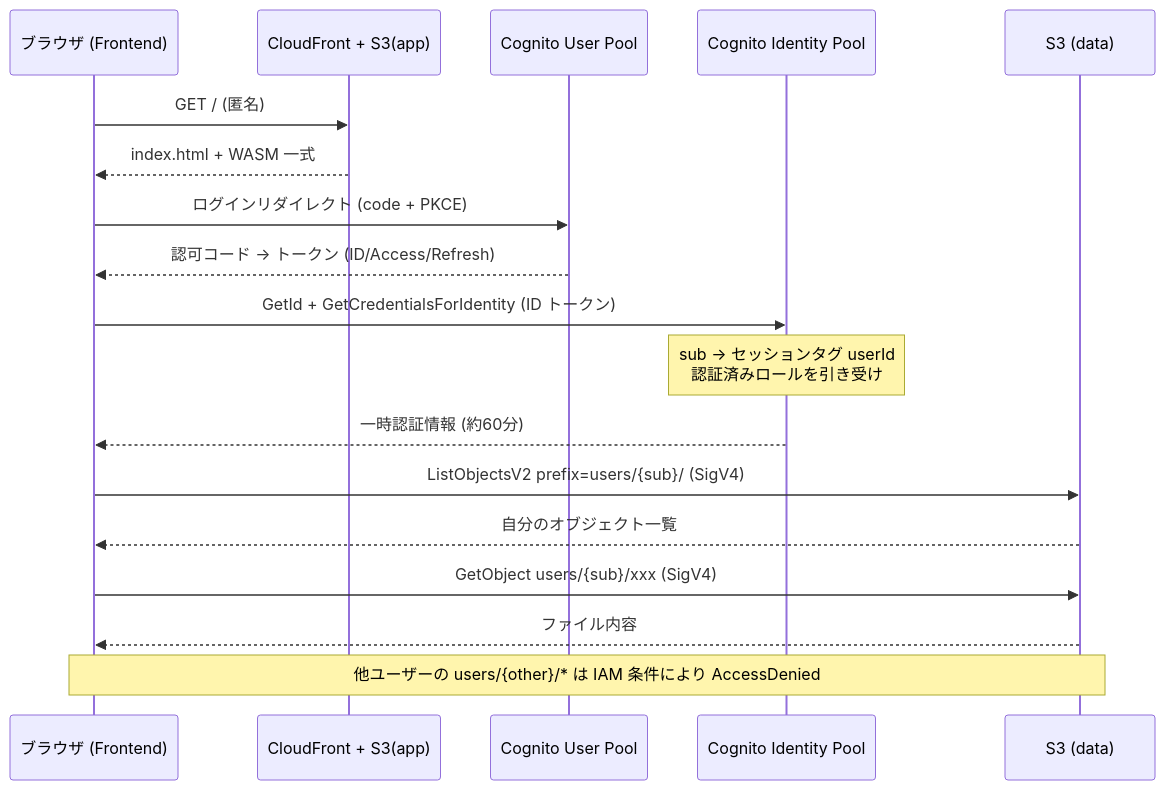
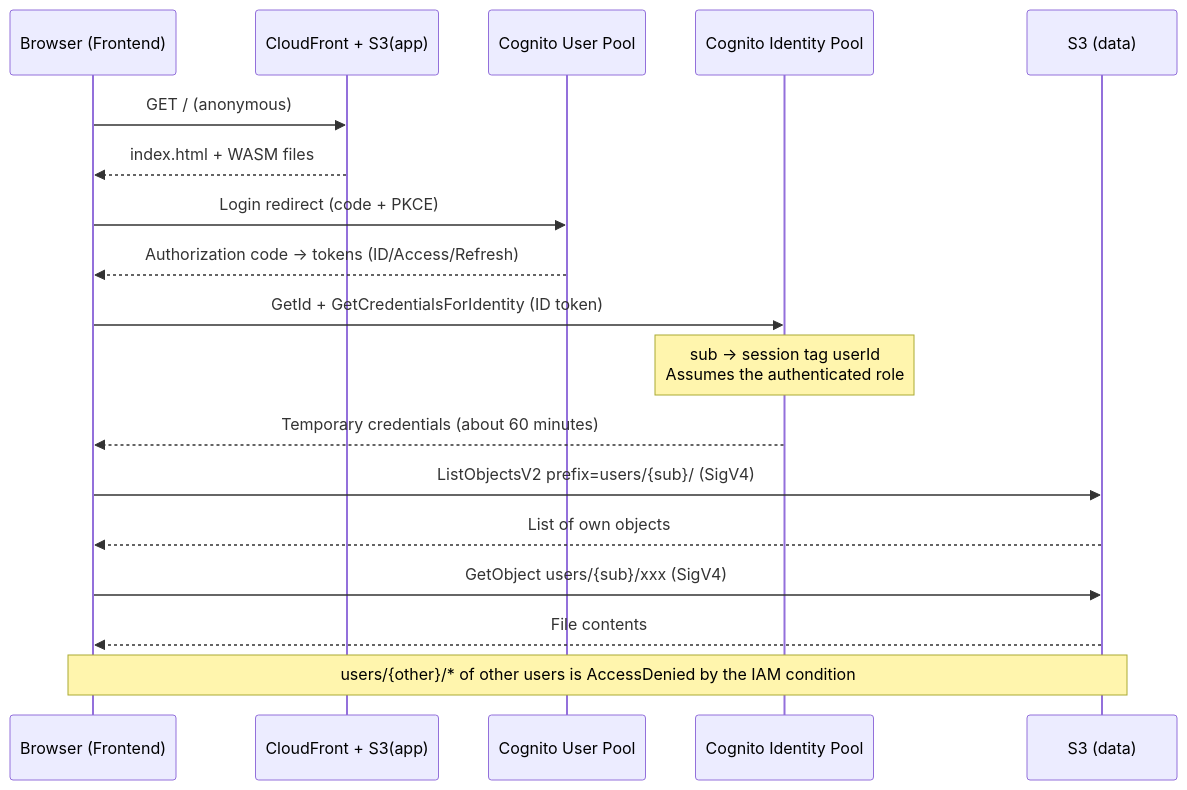
Before and after one commit to usausa/template-aws-s3-wasm: the second of 2 diagrams in README.md, drawn with Mermaid. The commit also changed other lines of this file and 1 other file, not shown here.

````diff
--- a/README.md
+++ b/README.md
@@ -166,21 +168,21 @@
 ```mermaid
 sequenceDiagram
-    participant B as ブラウザ (Frontend)
+    participant B as Browser (Frontend)
     participant CF as CloudFront + S3(app)
     participant UP as Cognito User Pool
     participant IP as Cognito Identity Pool
     participant S3 as S3 (data)
 
-    B->>CF: GET / (匿名)
-    CF-->>B: index.html + WASM 一式
-    B->>UP: ログインリダイレクト (code + PKCE)
-    UP-->>B: 認可コード → トークン (ID/Access/Refresh)
-    B->>IP: GetId + GetCredentialsForIdentity (ID トークン)
-    Note over IP: sub → セッションタグ userId<br/>認証済みロールを引き受け
-    IP-->>B: 一時認証情報 (約60分)
+    B->>CF: GET / (anonymous)
+    CF-->>B: index.html + WASM files
+    B->>UP: Login redirect (code + PKCE)
+    UP-->>B: Authorization code → tokens (ID/Access/Refresh)
+    B->>IP: GetId + GetCredentialsForIdentity (ID token)
+    Note over IP: sub → session tag userId<br/>Assumes the authenticated role
+    IP-->>B: Temporary credentials (about 60 minutes)
     B->>S3: ListObjectsV2 prefix=users/{sub}/ (SigV4)
-    S3-->>B: 自分のオブジェクト一覧
+    S3-->>B: List of own objects
     B->>S3: GetObject users/{sub}/xxx (SigV4)
-    S3-->>B: ファイル内容
-    Note over B,S3: 他ユーザーの users/{other}/* は IAM 条件により AccessDenied
+    S3-->>B: File contents
+    Note over B,S3: users/{other}/* of other users is AccessDenied by the IAM condition
 ```
````
